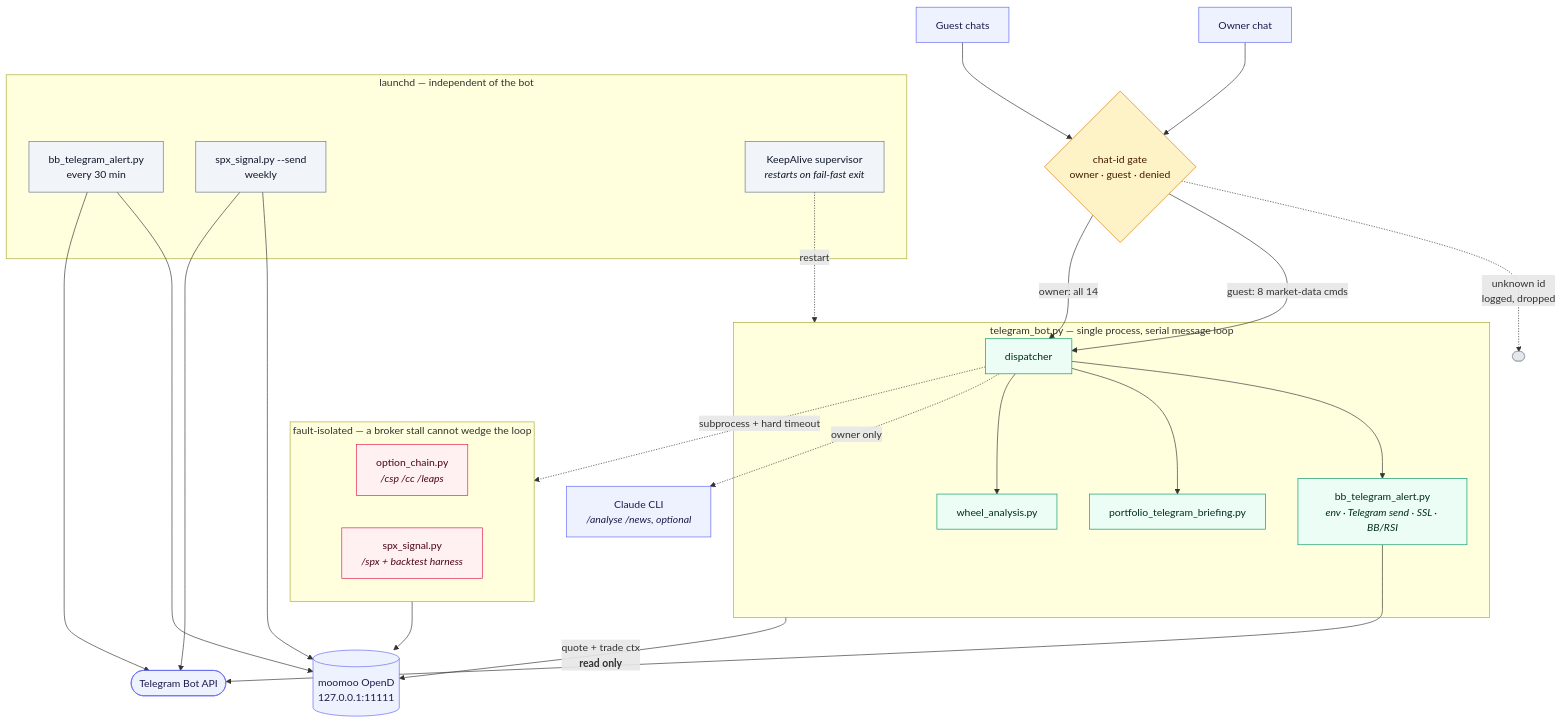
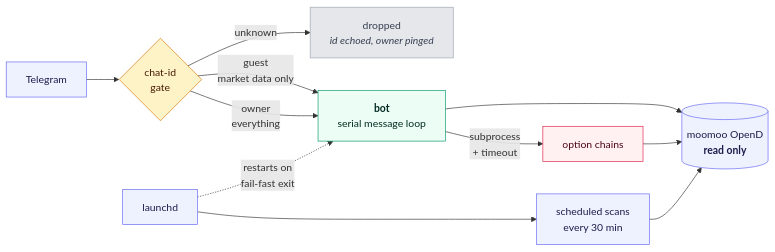
Before and after one commit to derricktan91/moomoo-wheel-bot: the diagram in README.md, drawn with Mermaid.

Commit message:
README: simpler architecture diagram
The old one had 15 nodes, 3 subgraphs and 55 lines — a diagram you have to
study, which for a reader deciding whether to keep reading has already
failed. Same three boundaries, now carried by edge labels instead of boxes:
the gate splits owner/guest/unknown, subprocess isolation is a label on one
arrow, and the supervisor is a dashed restart arrow.

Module-level detail is dropped; it was already in the component table
directly above.

````diff
--- a/README.md
+++ b/README.md
@@ -173,57 +173,26 @@
 ```mermaid
-flowchart TB
-    owner["Owner chat"]:::ext
-    guest["Guest chats"]:::ext
-    owner --> gate
-    guest --> gate
+flowchart LR
+    tg["Telegram"] --> gate{"chat-id<br/>gate"}
+    gate -- "unknown" --> drop["dropped<br/><i>id echoed, owner pinged</i>"]
+    gate -- "guest<br/>market data only" --> bot
+    gate -- "owner<br/>everything" --> bot["<b>bot</b><br/>serial message loop"]
 
-    gate{"chat-id gate<br/>owner · guest · denied"}:::gate
-    gate -. "unknown id<br/>logged, dropped" .-> drop([ ]):::drop
-    gate -->|"guest: 8 market-data cmds"| disp
-    gate -->|"owner: all 14"| disp
+    bot -- "subprocess<br/>+ timeout" --> chains["option chains"]
+    bot --> opend[("moomoo OpenD<br/><b>read only</b>")]
+    chains --> opend
+    scan["scheduled scans<br/>every 30 min"] --> opend
 
-    subgraph proc["telegram_bot.py — single process, serial message loop"]
-        disp["dispatcher"]:::core
-        lib["bb_telegram_alert.py<br/><i>env · Telegram send · SSL · BB/RSI</i>"]:::core
-        brief["portfolio_telegram_briefing.py"]:::core
-        wheel["wheel_analysis.py"]:::core
-        disp --> lib
-        disp --> brief
-        disp --> wheel
-    end
-
-    disp -. "subprocess + hard timeout" .-> iso
-
-    subgraph iso["fault-isolated — a broker stall cannot wedge the loop"]
-        chain["option_chain.py<br/><i>/csp /cc /leaps</i>"]:::iso
-        spx["spx_signal.py<br/><i>/spx + backtest harness</i>"]:::iso
-    end
-
-    subgraph sched["launchd — independent of the bot"]
-        s1["bb_telegram_alert.py<br/>every 30 min"]:::sch
-        s2["spx_signal.py --send<br/>weekly"]:::sch
-        s3["KeepAlive supervisor<br/><i>restarts on fail-fast exit</i>"]:::sch
-    end
-    s3 -.->|"restart"| proc
-
-    opend[("moomoo OpenD<br/>127.0.0.1:11111")]:::ext
-    proc -->|"quote + trade ctx<br/><b>read only</b>"| opend
-    iso --> opend
-    s1 --> opend
-    s2 --> opend
-
-    claude["Claude CLI<br/><i>/analyse /news, optional</i>"]:::ext
-    disp -. "owner only" .-> claude
-
-    api(["Telegram Bot API"]):::ext
-    lib --> api
-    s1 --> api
-    s2 --> api
+    launchd["launchd"] -. "restarts on<br/>fail-fast exit" .-> bot
+    launchd --> scan
 
     classDef ext fill:#eef2ff,stroke:#6366f1,color:#1e1b4b
     classDef gate fill:#fef3c7,stroke:#d97706,color:#451a03
     classDef core fill:#ecfdf5,stroke:#059669,color:#022c22
     classDef iso fill:#fff1f2,stroke:#e11d48,color:#4c0519
-    classDef sch fill:#f1f5f9,stroke:#64748b,color:#0f172a
     classDef drop fill:#e5e7eb,stroke:#9ca3af,color:#374151
+    class tg,opend,launchd,scan ext
+    class gate gate
+    class bot core
+    class chains iso
+    class drop drop
 ```
````
